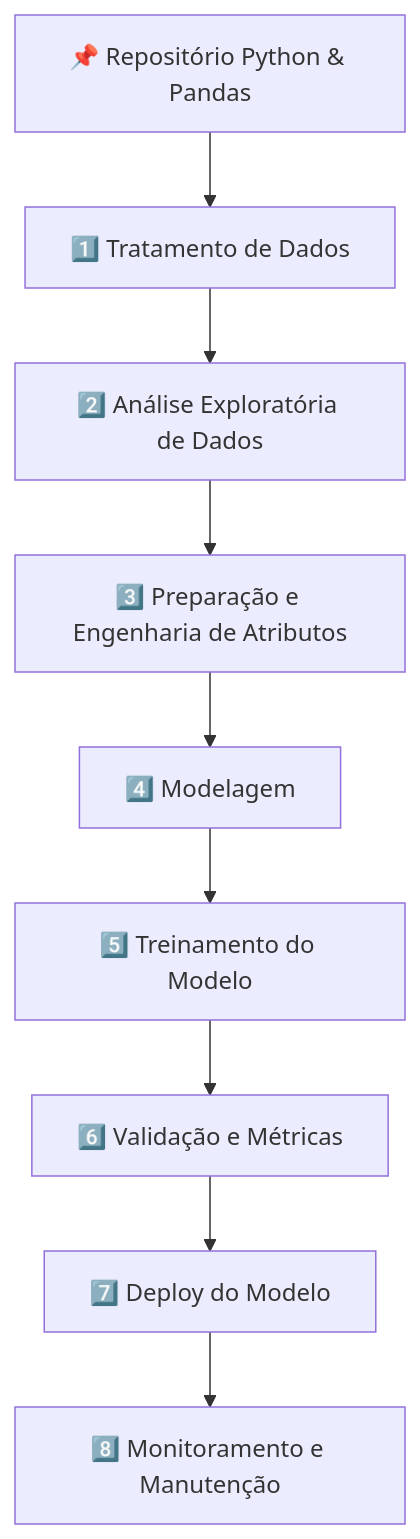
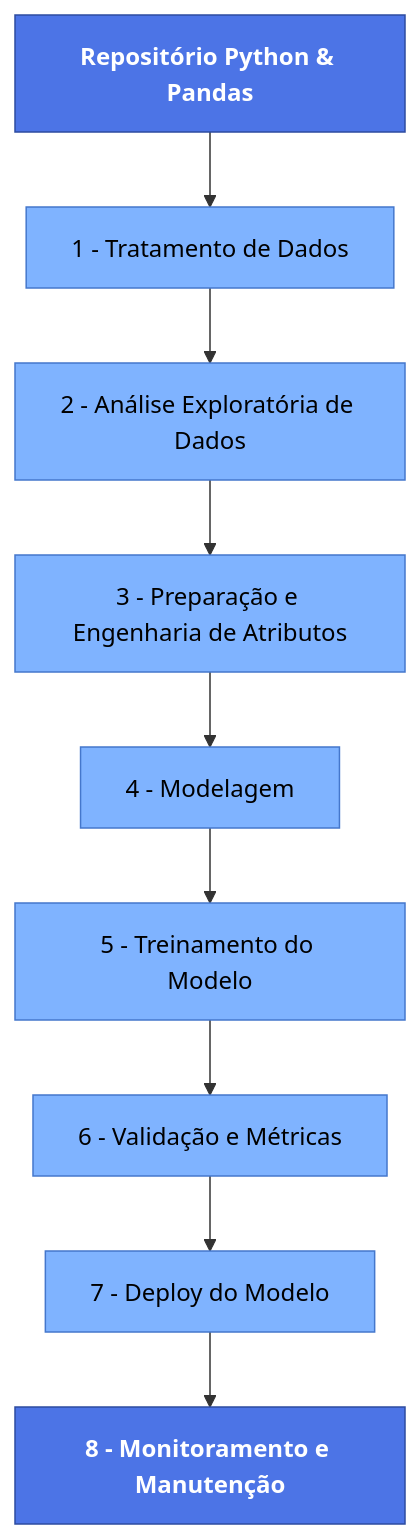
Before and after one commit to JoaoMarcelo22/Python: the diagram in README.md, drawn with Mermaid.

````diff
--- a/README.md
+++ b/README.md
@@ -21,11 +21,20 @@
 ```mermaid
 flowchart TD
-    A[📌 Repositório Python & Pandas] --> B[1️⃣ Tratamento de Dados]
-    B --> C[2️⃣ Análise Exploratória de Dados]
-    C --> D[3️⃣ Preparação e Engenharia de Atributos]
-    D --> E[4️⃣ Modelagem]
-    E --> F[5️⃣ Treinamento do Modelo]
-    F --> G[6️⃣ Validação e Métricas]
-    G --> H[7️⃣ Deploy do Modelo]
-    H --> I[8️⃣ Monitoramento e Manutenção]
+    A[Repositório Python & Pandas] --> B[1 - Tratamento de Dados]
+    B --> C[2 - Análise Exploratória de Dados]
+    C --> D[3 - Preparação e Engenharia de Atributos]
+    D --> E[4 - Modelagem]
+    E --> F[5 - Treinamento do Modelo]
+    F --> G[6 - Validação e Métricas]
+    G --> H[7 - Deploy do Modelo]
+    H --> I[8 - Monitoramento e Manutenção]
+
+    %% === Estilos dos nós ===
+    classDef inicio fill:#4C74E6,stroke:#2C4BA0,color:white,font-weight:bold;
+    classDef etapa fill:#7FB3FF,stroke:#4477CC,color:#000;
+    classDef fim fill:#4C74E6,stroke:#2C4BA0,color:white,font-weight:bold;
+
+    class A inicio;
+    class B,C,D,E,F,G,H etapa;
+    class I fim;
 ```
````
